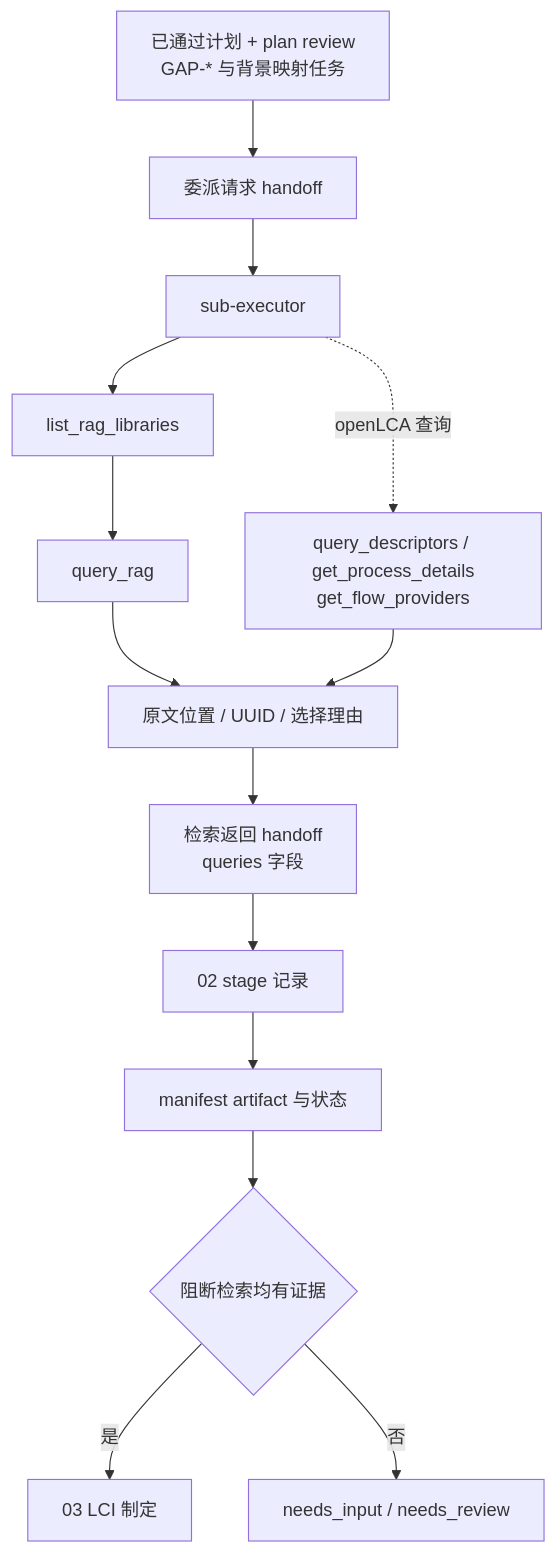
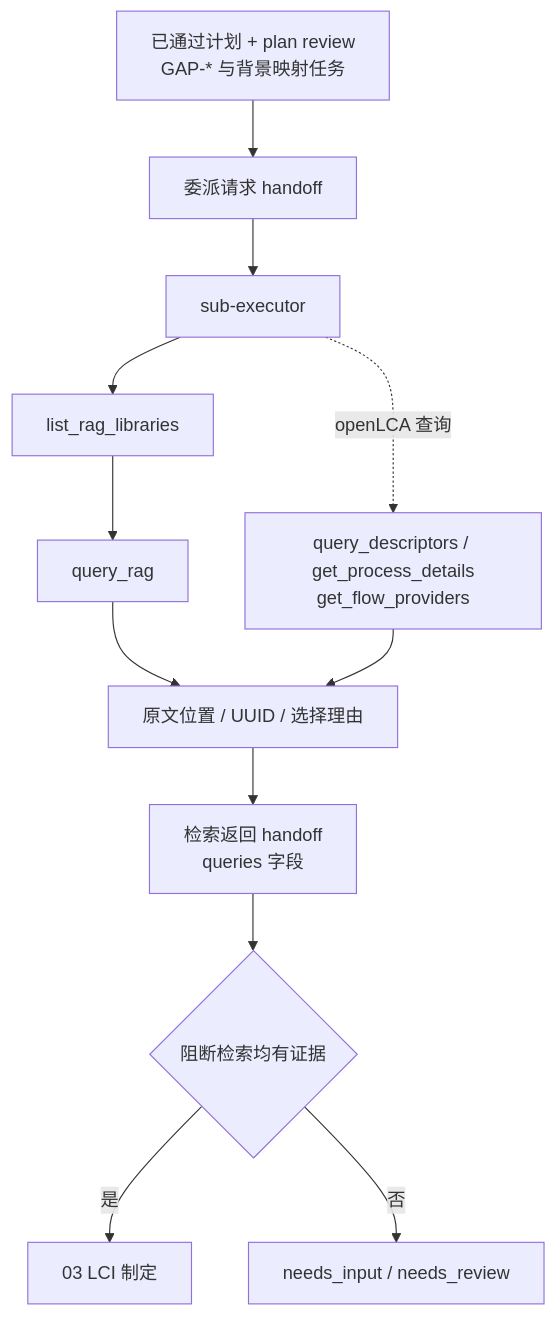
Before and after one commit to mrzed891194322/Harness-driven-LCA-dev-agents: the diagram in harness/specs/02-evidence-retrieval/schema_mapping.md, drawn with Mermaid. The commit also changed other lines of this file and 100 other files, not shown here.

````diff
--- a/harness/specs/02-evidence-retrieval/schema_mapping.md
+++ b/harness/specs/02-evidence-retrieval/schema_mapping.md
@@ -7,23 +7,21 @@
 ```mermaid
 flowchart TD
     input["已通过计划 + plan review<br/>GAP-* 与背景映射任务"]
     request["委派请求 handoff"]
     executor["sub-executor"]
     libs["list_rag_libraries"]
     rag["query_rag"]
     descriptor["query_descriptors / get_process_details<br/>get_flow_providers"]
     evidence["原文位置 / UUID / 选择理由"]
     returned["检索返回 handoff<br/>queries 字段"]
-    stage["02 stage 记录"]
-    manifest["manifest artifact 与状态"]
     gate{"阻断检索均有证据"}
     next["03 LCI 制定"]
     stop["needs_input / needs_review"]
 
     input --> request --> executor
     executor --> libs --> rag --> evidence
     executor -. openLCA 查询 .-> descriptor --> evidence
-    evidence --> returned --> stage --> manifest --> gate
+    evidence --> returned --> gate
     gate -->|是| next
     gate -->|否| stop
 ```
````
